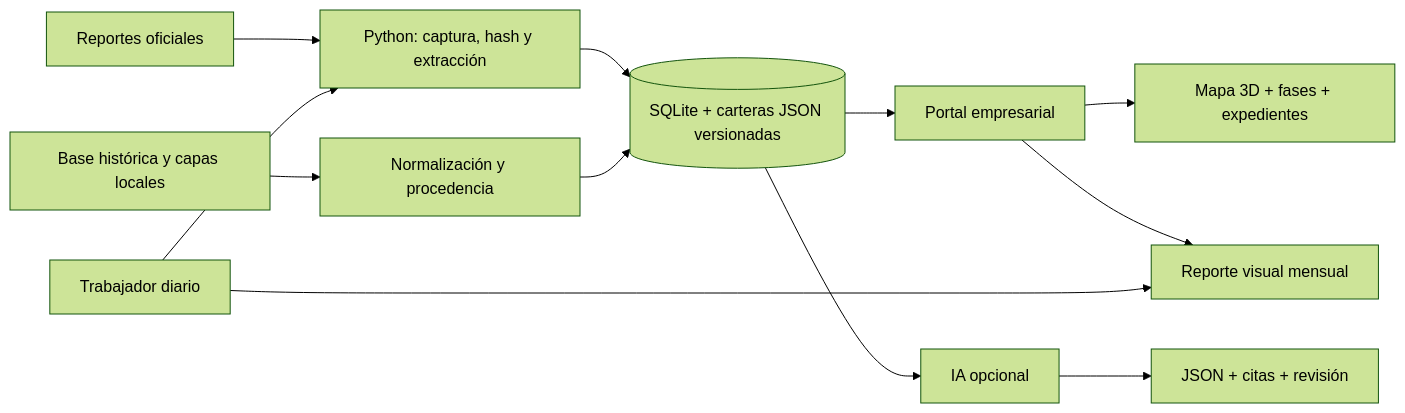
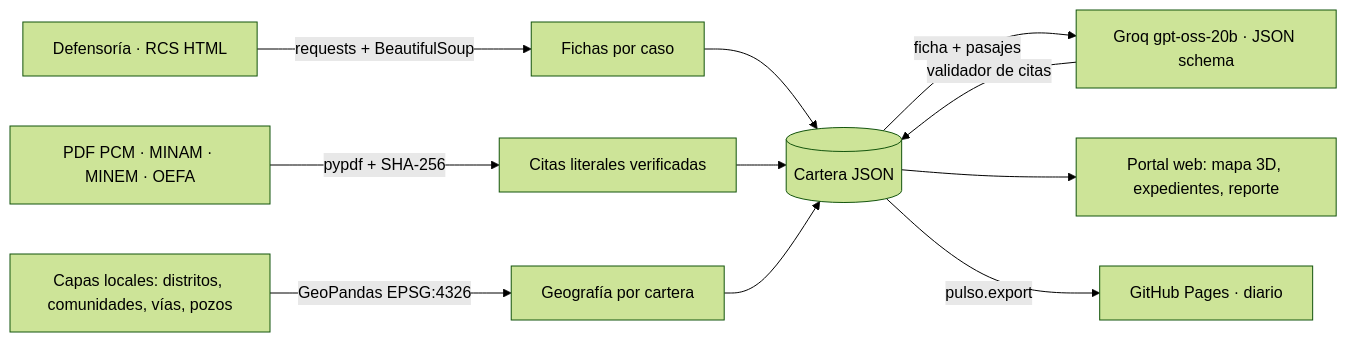
One commit to AlexNoblejas/pulso-territorial changed the diagram in README.md. Above: the diagram before and after it, drawn with Mermaid (forest theme). The commit also changed other lines of this file, not shown here.

````diff
--- a/README.md
+++ b/README.md
@@ -36,14 +55,13 @@
 ```mermaid
 flowchart LR
- A[Reportes oficiales] --> B[Python: captura, hash y extracción]
- C[Base histórica y capas locales] --> D[Normalización y procedencia]
- B --> E[(SQLite + carteras JSON versionadas)]
- D --> E
- E --> F[Portal empresarial]
- F --> G[Mapa 3D + fases + expedientes]
- F --> H[Reporte visual mensual]
- I[IA opcional] --> J[JSON + citas + revisión]
- E --> I
- W[Trabajador diario] --> B
- W --> H
+ A[Defensoría · RCS HTML] -->|requests + BeautifulSoup| B[Fichas por caso]
+ P[PDF PCM · MINAM · MINEM · OEFA] -->|pypdf + SHA-256| Q[Citas literales verificadas]
+ G[Capas locales: distritos, comunidades, vías, pozos] -->|GeoPandas EPSG:4326| M[Geografía por cartera]
+ B --> E[(Cartera JSON)]
+ Q --> E
+ M --> E
+ E -->|ficha + pasajes| L[Groq gpt-oss-20b · JSON schema]
+ L -->|validador de citas| E
+ E --> W[Portal web: mapa 3D, expedientes, reporte]
+ E -->|pulso.export| S[GitHub Pages · diario]
 ```
````
